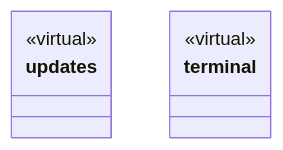
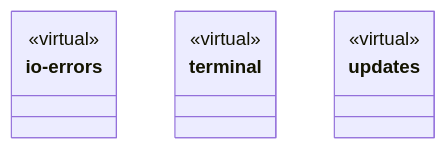
Before and after one commit to nan023062/cbim: the fifth of 5 diagrams in src/logic/ARCHITECTURE.md, drawn with Mermaid. The commit also changed other lines of this file and 461 other files, not shown here.

````diff
--- a/src/logic/ARCHITECTURE.md
+++ b/src/logic/ARCHITECTURE.md
@@ -194,11 +194,15 @@
 ```mermaid
 classDiagram
+class N_5aaa8e9daf01["io-errors"] {
+  <<virtual>>
+}
+click N_5aaa8e9daf01 href "io-errors/ARCHITECTURE.md"
+class N_24afab7388cd["terminal"] {
+  <<virtual>>
+}
+click N_24afab7388cd href "terminal/ARCHITECTURE.md"
 class N_1a718763f256["updates"] {
   <<virtual>>
 }
 click N_1a718763f256 href "updates/ARCHITECTURE.md"
-class N_24afab7388cd["terminal"] {
-  <<virtual>>
-}
-click N_24afab7388cd href "terminal/ARCHITECTURE.md"
 ```
````
